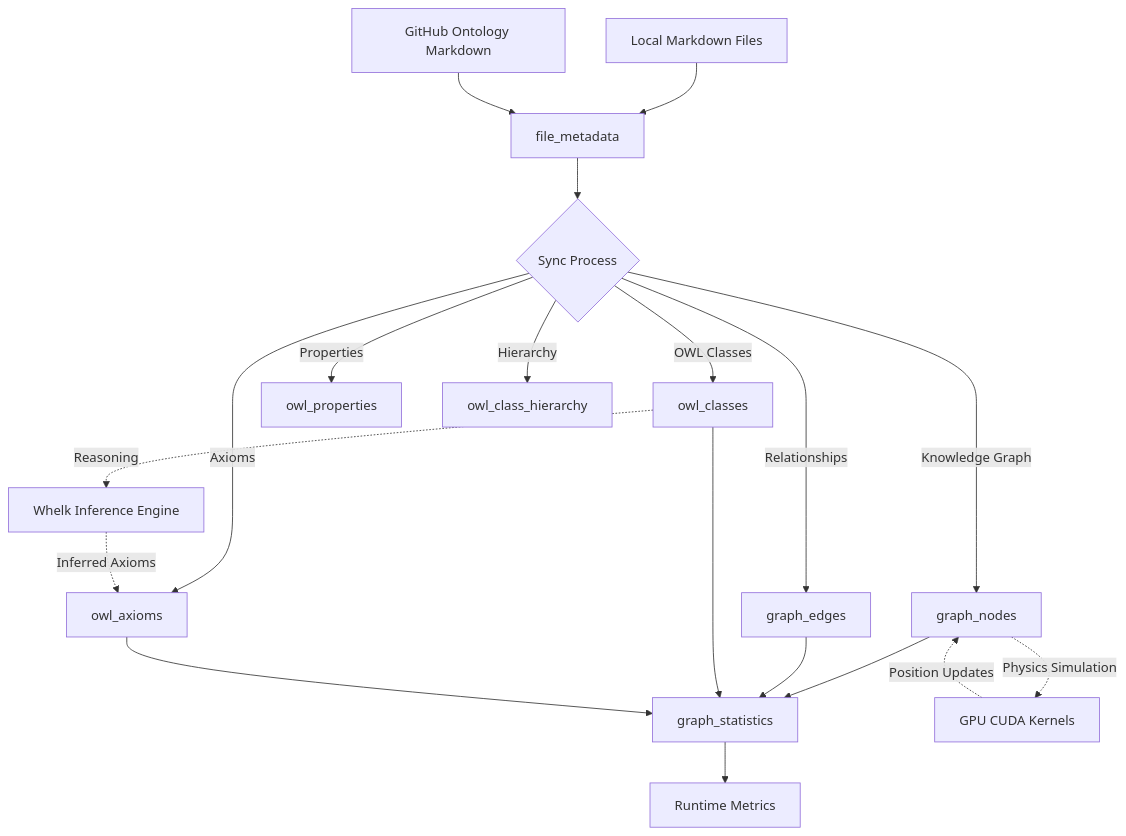
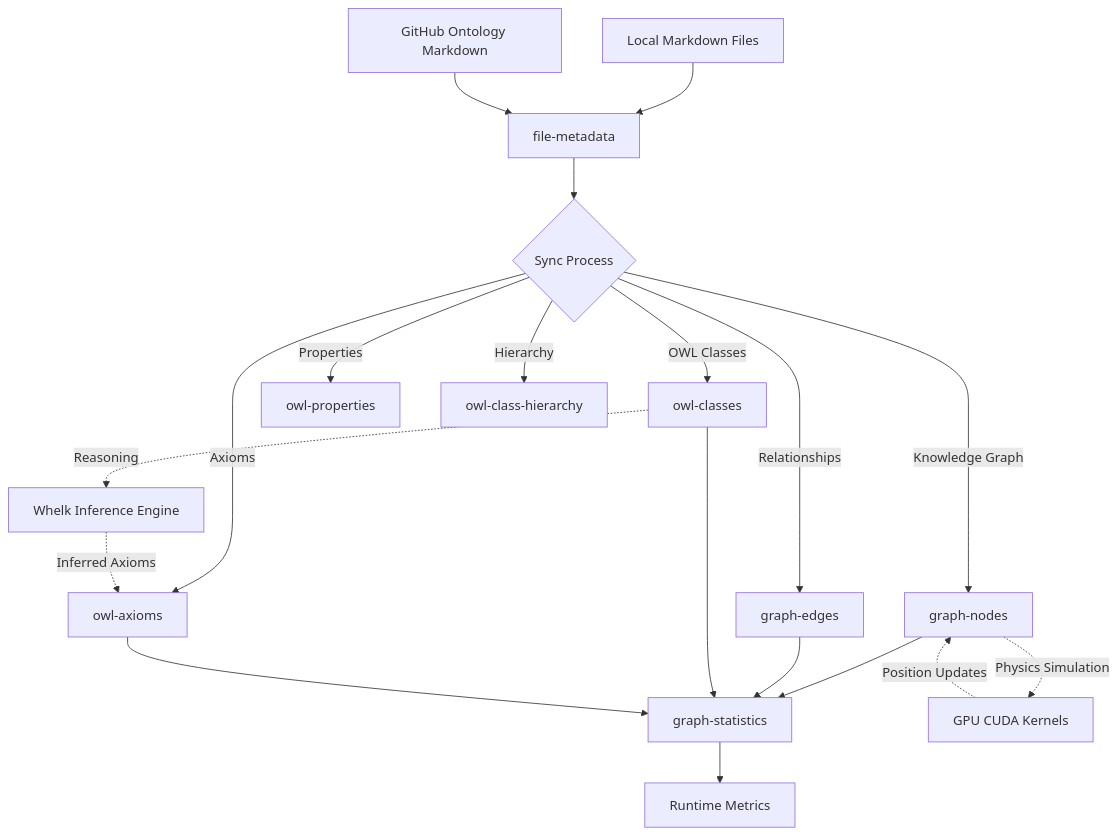
One commit to DreamLab-AI/VisionFlow changed the second of 2 diagrams in docs/concepts/architecture/04-database-schemas.md. Above: the diagram before and after it, drawn with Mermaid. The commit also changed other lines of this file and 184 other files, not shown here.

````diff
--- a/docs/concepts/architecture/04-database-schemas.md
+++ b/docs/concepts/architecture/04-database-schemas.md
@@ -402,27 +402,27 @@
 ```mermaid
 flowchart TD
-    A[Local Markdown Files] --> F[file_metadata]
+    A[Local Markdown Files] --> F[file-metadata]
     B[GitHub Ontology Markdown] --> F
 
     F --> C{Sync Process}
 
-    C -->|Knowledge Graph| D[graph_nodes]
-    C -->|Relationships| E[graph_edges]
-    C -->|OWL Classes| G[owl_classes]
-    C -->|Properties| H[owl_properties]
-    C -->|Axioms| I[owl_axioms]
-    C -->|Hierarchy| J[owl_class_hierarchy]
+    C -->|Knowledge Graph| D[graph-nodes]
+    C -->|Relationships| E[graph-edges]
+    C -->|OWL Classes| G[owl-classes]
+    C -->|Properties| H[owl-properties]
+    C -->|Axioms| I[owl-axioms]
+    C -->|Hierarchy| J[owl-class-hierarchy]
 
-    D --> K[graph_statistics]
+    D --> K[graph-statistics]
     E --> K
     G --> K
     I --> K
 
     K --> L[Runtime Metrics]
 
     D -.->|Physics Simulation| M[GPU CUDA Kernels]
     M -.->|Position Updates| D
 
     G -.->|Reasoning| N[Whelk Inference Engine]
     N -.->|Inferred Axioms| I
 ```
````
